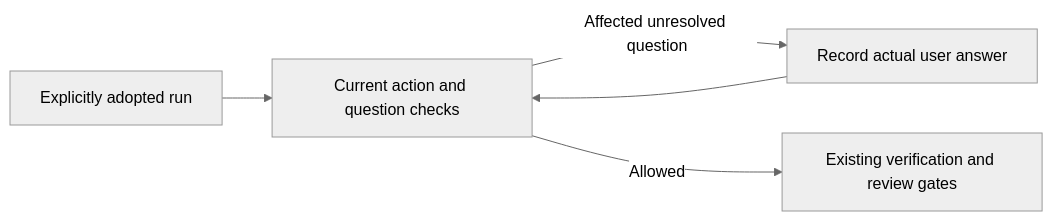
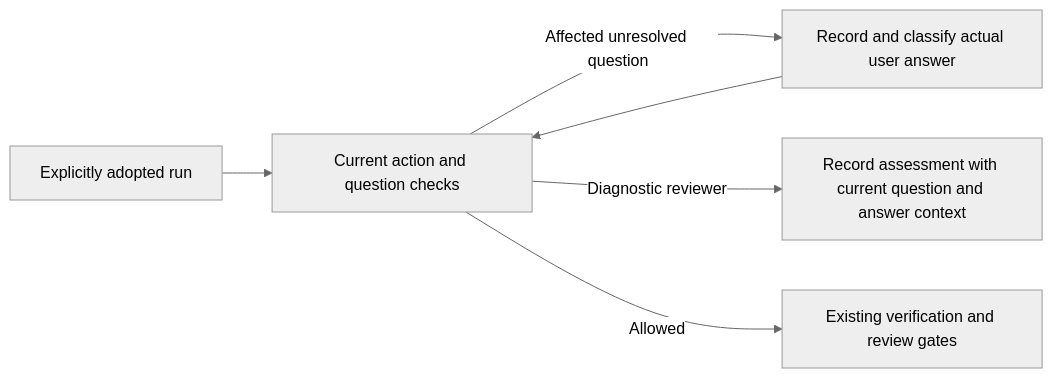
One commit to wgentil/devflow changed the diagram in skills/review-work/GUIDE.md. Above: the diagram before and after it, drawn with Mermaid (neutral theme). The commit also changed 46 other files, not shown here.

````diff
--- a/skills/review-work/GUIDE.md
+++ b/skills/review-work/GUIDE.md
@@ -206,7 +206,8 @@
 ```mermaid
 flowchart LR
     Adopt[Explicitly adopted run] --> Check[Current action and question checks]
-    Check -->|Affected unresolved question| Ask[Record actual user answer]
+    Check -->|Affected unresolved question| Ask[Record and classify actual user answer]
     Ask --> Check
+    Check -->|Diagnostic reviewer| Assess[Record assessment with current question and answer context]
     Check -->|Allowed| Existing[Existing verification and review gates]
 ```
````
